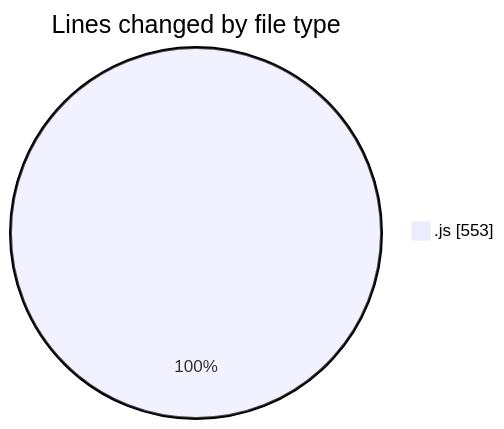
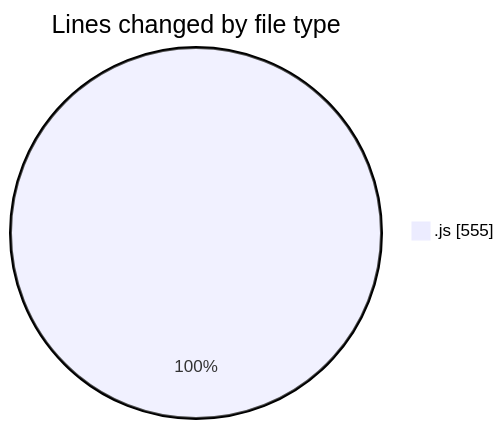
Before and after one commit to nxtqubesakshisongat/code-tracking: the first of 2 diagrams in 2025-06-20/nxtqube_webapp/README.md, drawn with Mermaid. The commit also changed other lines of this file and 1 other file, not shown here.

````diff
--- a/2025-06-20/nxtqube_webapp/README.md
+++ b/2025-06-20/nxtqube_webapp/README.md
@@ -26,5 +26,5 @@
 ```mermaid
 pie showData
 title Lines changed by file type
-".js" : 553
+".js" : 555
 ```
````
